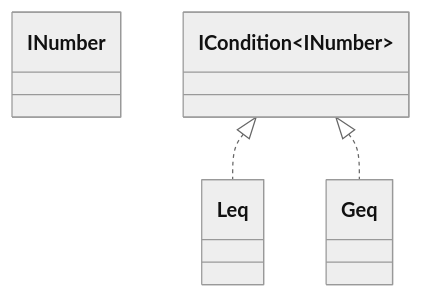
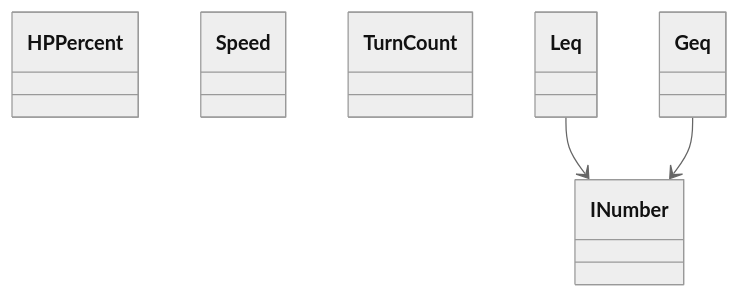
The fifth of 10 diagrams in posts/oop-pokemon/oop-pokemon-2.md (kimmandoo/blog), drawn with Mermaid (neutral theme) before and after one commit. The commit also changed other lines of this file and 40 other files, not shown here.

````diff
--- a/posts/oop-pokemon/oop-pokemon-2.md
+++ b/posts/oop-pokemon/oop-pokemon-2.md
@@ -175,9 +147,12 @@
 ```mermaid
 classDiagram
     class INumber
+    class HPPercent
+    class Speed
+    class TurnCount
     class Leq
     class Geq
 
-    ICondition~INumber~ <|.. Leq
-    ICondition~INumber~ <|.. Geq
+    Leq --> INumber
+    Geq --> INumber
 ```
````
